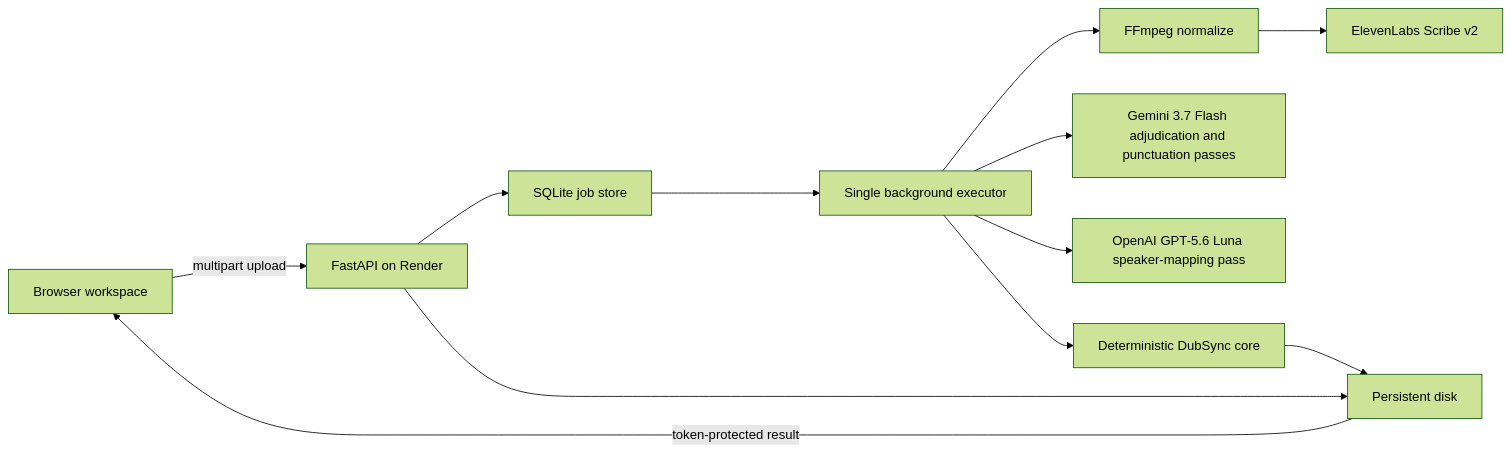
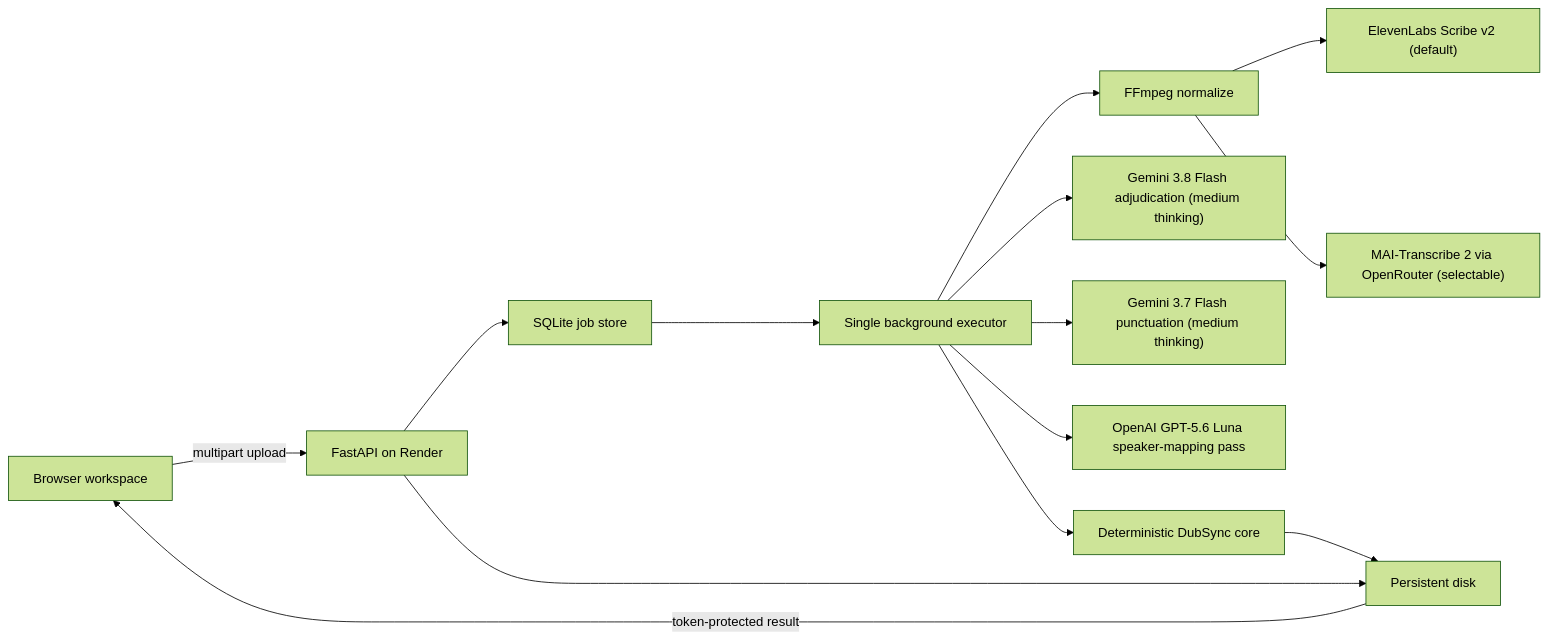
The diagram in docs/COMMERCIAL_PLAN.md (feelinglocal/DubSync), drawn with Mermaid (forest theme) before and after one commit. The commit also changed other lines of this file and 69 other files, not shown here.

````diff
--- a/docs/COMMERCIAL_PLAN.md
+++ b/docs/COMMERCIAL_PLAN.md
@@ -62,14 +62,16 @@
 ```mermaid
 flowchart LR
     B["Browser workspace"] -->|"multipart upload"| A["FastAPI on Render"]
     A --> J["SQLite job store"]
     A --> D["Persistent disk"]
     J --> W["Single background executor"]
     W --> F["FFmpeg normalize"]
-    F --> E["ElevenLabs Scribe v2"]
-    W --> G["Gemini 3.7 Flash adjudication and punctuation passes"]
+    F --> E["ElevenLabs Scribe v2 (default)"]
+    F --> M["MAI-Transcribe 2 via OpenRouter (selectable)"]
+    W --> G["Gemini 3.8 Flash adjudication (medium thinking)"]
+    W --> P["Gemini 3.7 Flash punctuation (medium thinking)"]
     W --> H["OpenAI GPT-5.6 Luna speaker-mapping pass"]
     W --> C["Deterministic DubSync core"]
     C --> D
     D -->|"token-protected result"| B
 ```
````
